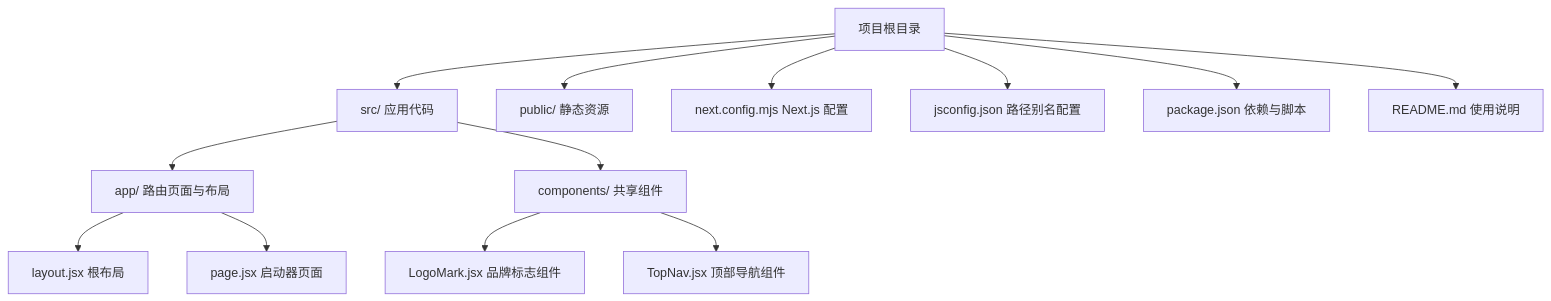
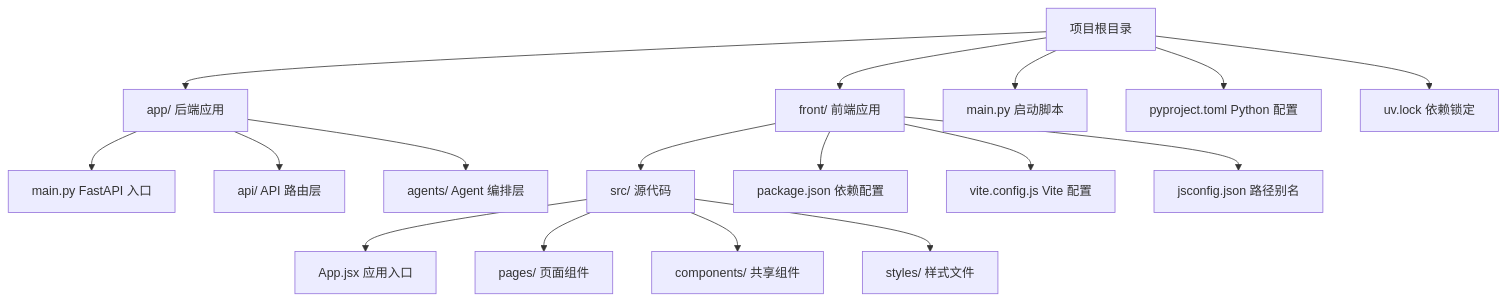
One commit to marvin9551/InsightMesh changed the first of 2 diagrams in .qoder/repowiki/zh/content/开发指南/开发环境配置.md. Above: the diagram before and after it, drawn with Mermaid. The commit also changed other lines of this file and 10 other files, not shown here.

````diff
--- a/.qoder/repowiki/zh/content/开发指南/开发环境配置.md
+++ b/.qoder/repowiki/zh/content/开发指南/开发环境配置.md
@@ -33,15 +49,19 @@
 ```mermaid
 graph TB
-A["项目根目录"] --> B["src/ 应用代码"]
-A --> C["public/ 静态资源"]
-A --> D["next.config.mjs Next.js 配置"]
-A --> E["jsconfig.json 路径别名配置"]
-A --> F["package.json 依赖与脚本"]
-A --> G["README.md 使用说明"]
-B --> B1["app/ 路由页面与布局"]
-B --> B2["components/ 共享组件"]
-B1 --> B11["layout.jsx 根布局"]
-B1 --> B12["page.jsx 启动器页面"]
-B2 --> B21["LogoMark.jsx 品牌标志组件"]
-B2 --> B22["TopNav.jsx 顶部导航组件"]
+A["项目根目录"] --> B["app/ 后端应用"]
+A --> C["front/ 前端应用"]
+A --> D["main.py 启动脚本"]
+A --> E["pyproject.toml Python 配置"]
+A --> F["uv.lock 依赖锁定"]
+B --> B1["main.py FastAPI 入口"]
+B --> B2["api/ API 路由层"]
+B --> B3["agents/ Agent 编排层"]
+C --> C1["src/ 源代码"]
+C --> C2["package.json 依赖配置"]
+C --> C3["vite.config.js Vite 配置"]
+C --> C4["jsconfig.json 路径别名"]
+C1 --> C11["App.jsx 应用入口"]
+C1 --> C12["pages/ 页面组件"]
+C1 --> C13["components/ 共享组件"]
+C1 --> C14["styles/ 样式文件"]
 ```
````
